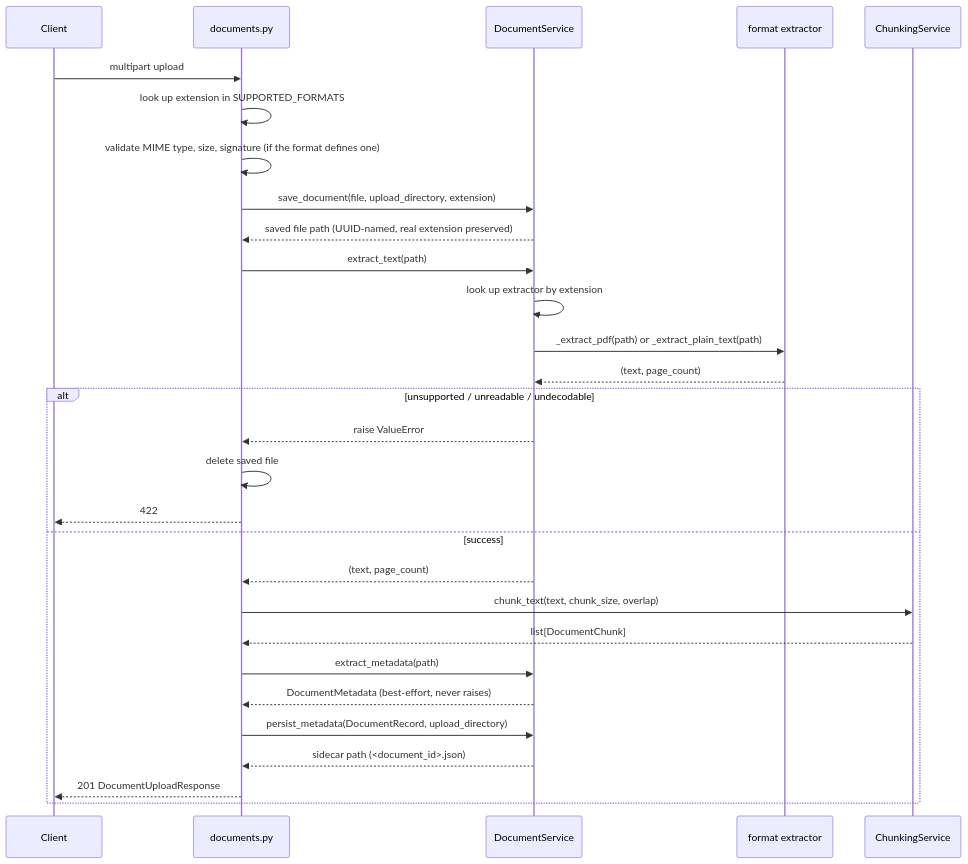
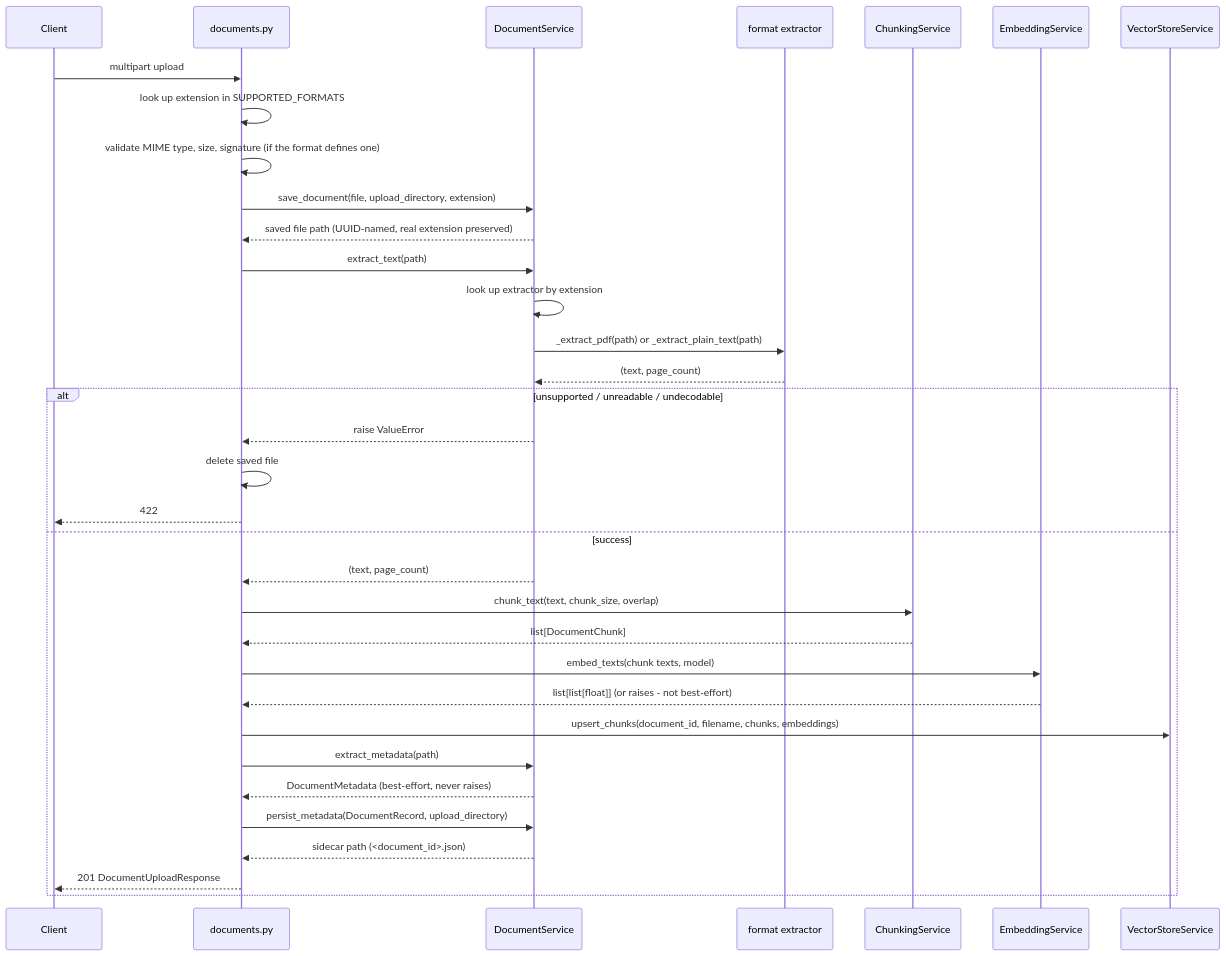
The second of 2 diagrams in docs/ARCHITECTURE.md (NavdeepTU/KnowledgeHub_AI), drawn with Mermaid before and after one commit. The commit also changed other lines of this file and 4 other files, not shown here.

First line of the commit message:
Document embeddings and vector storage

````diff
--- a/docs/ARCHITECTURE.md
+++ b/docs/ARCHITECTURE.md
@@ -66,32 +73,37 @@
 ```mermaid
 sequenceDiagram
     participant Client
     participant Router as documents.py
     participant Service as DocumentService
     participant Extractor as format extractor
     participant Chunker as ChunkingService
+    participant Embedder as EmbeddingService
+    participant VectorStore as VectorStoreService
 
     Client->>Router: multipart upload
     Router->>Router: look up extension in SUPPORTED_FORMATS
     Router->>Router: validate MIME type, size, signature (if the format defines one)
     Router->>Service: save_document(file, upload_directory, extension)
     Service-->>Router: saved file path (UUID-named, real extension preserved)
     Router->>Service: extract_text(path)
     Service->>Service: look up extractor by extension
     Service->>Extractor: _extract_pdf(path) or _extract_plain_text(path)
     Extractor-->>Service: (text, page_count)
     alt unsupported / unreadable / undecodable
         Service-->>Router: raise ValueError
         Router->>Router: delete saved file
         Router-->>Client: 422
     else success
         Service-->>Router: (text, page_count)
         Router->>Chunker: chunk_text(text, chunk_size, overlap)
         Chunker-->>Router: list[DocumentChunk]
+        Router->>Embedder: embed_texts(chunk texts, model)
+        Embedder-->>Router: list[list[float]] (or raises - not best-effort)
+        Router->>VectorStore: upsert_chunks(document_id, filename, chunks, embeddings)
         Router->>Service: extract_metadata(path)
         Service-->>Router: DocumentMetadata (best-effort, never raises)
         Router->>Service: persist_metadata(DocumentRecord, upload_directory)
         Service-->>Router: sidecar path (<document_id>.json)
         Router-->>Client: 201 DocumentUploadResponse
     end
 ```
````
